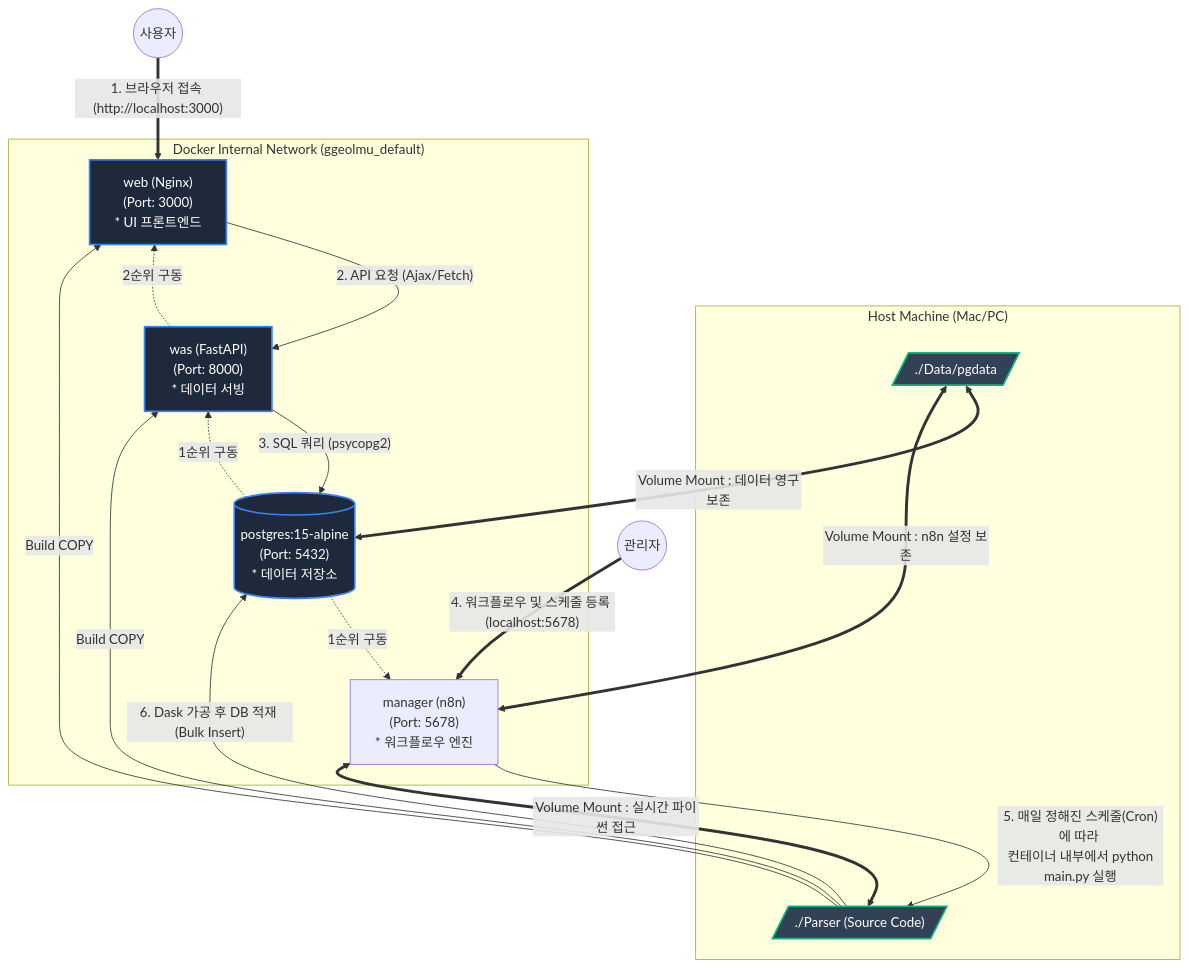
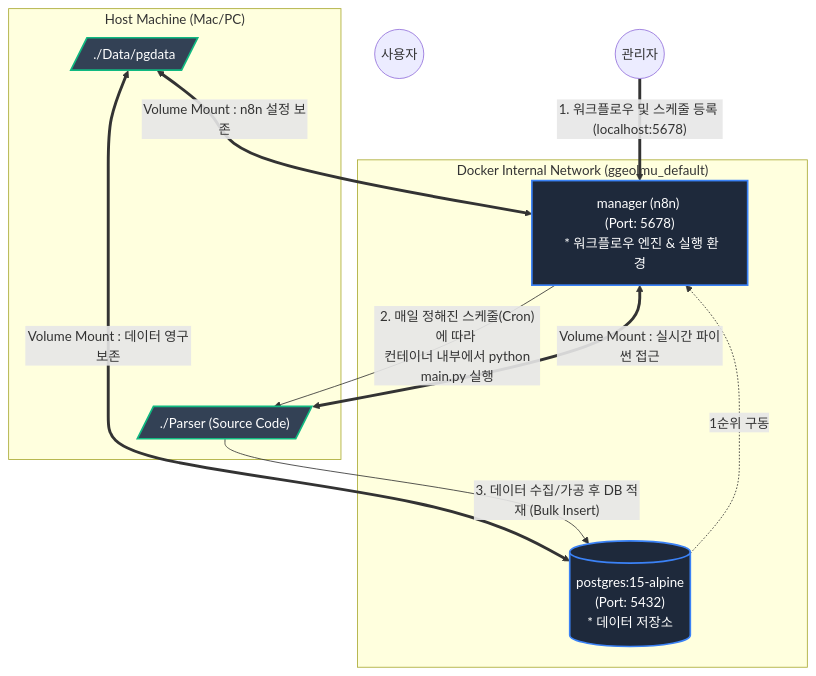
Before and after one commit to hugingstar/ggeolmu: the first of 2 diagrams in Parser/architecture.md, drawn with Mermaid. The commit also changed 8 other files, not shown here.

Commit message:
refactor: Simplify architecture to Manager-DB 2-Tier by removing WEB and WAS

````diff
--- a/Parser/architecture.md
+++ b/Parser/architecture.md
@@ -5,55 +5,39 @@
 ```mermaid
 flowchart TD
     %% 사용자 및 로컬 호스트
     User((사용자))
     Admin((관리자))
     
     subgraph Host ["Host Machine (Mac/PC)"]
         LocalData[/"./Data/pgdata"/]
         LocalParser[/"./Parser (Source Code)"/]
     end
 
     %% 도커 네트워크 내부
     subgraph DockerNetwork ["Docker Internal Network (ggeolmu_default)"]
-        
         %% Manager Tier (Scheduler & Workflow)
-        Manager["manager (n8n) <br> (Port: 5678) <br> * 워크플로우 엔진"]
+        Manager["manager (n8n) <br> (Port: 5678) <br> * 워크플로우 엔진 & 실행 환경"]
         
         %% DB Tier
         DB[("postgres:15-alpine <br> (Port: 5432) <br> * 데이터 저장소")]
-        
-        %% WAS Tier (Backend)
-        WAS["was (FastAPI) <br> (Port: 8000) <br> * 데이터 서빙"]
-        
-        %% WEB Tier (Frontend)
-        WEB["web (Nginx) <br> (Port: 3000) <br> * UI 프론트엔드"]
     end
 
     %% 실행 트리거 및 의존성 (depends_on)
-    DB -. "1순위 구동" .-> WAS
     DB -. "1순위 구동" .-> Manager
-    WAS -. "2순위 구동" .-> WEB
 
     %% 파일 시스템 볼륨 매핑
     LocalData <==>|Volume Mount : 데이터 영구보존| DB
     LocalData <==>|Volume Mount : n8n 설정 보존| Manager
-    LocalParser -->|Build COPY| WAS
-    LocalParser -->|Build COPY| WEB
     LocalParser <==>|Volume Mount : 실시간 파이썬 접근| Manager
 
-    %% 데이터 흐름 및 접근
-    User == "1. 브라우저 접속 (http://localhost:3000)" ==> WEB
-    WEB -- "2. API 요청 (Ajax/Fetch)" --> WAS
-    WAS -- "3. SQL 쿼리 (psycopg2)" --> DB
-    
     %% 관리자 데이터 파이프라인 트리거 (자동화)
-    Admin == "4. 워크플로우 및 스케줄 등록 (localhost:5678)" ==> Manager
-    Manager -- "5. 매일 정해진 스케줄(Cron)에 따라 <br> 컨테이너 내부에서 python main.py 실행" --> LocalParser
-    LocalParser -- "6. Dask 가공 후 DB 적재 (Bulk Insert)" --> DB
+    Admin == "1. 워크플로우 및 스케줄 등록 (localhost:5678)" ==> Manager
+    Manager -- "2. 매일 정해진 스케줄(Cron)에 따라 <br> 컨테이너 내부에서 python main.py 실행" --> LocalParser
+    LocalParser -- "3. 데이터 수집/가공 후 DB 적재 (Bulk Insert)" --> DB
 
     classDef container fill:#1e293b,stroke:#3b82f6,stroke-width:2px,color:#fff;
     classDef storage fill:#334155,stroke:#10b981,stroke-width:2px,color:#fff;
     
-    class DB,WAS,WEB container;
+    class DB,Manager container;
     class LocalData,LocalParser storage;
 ```
````
